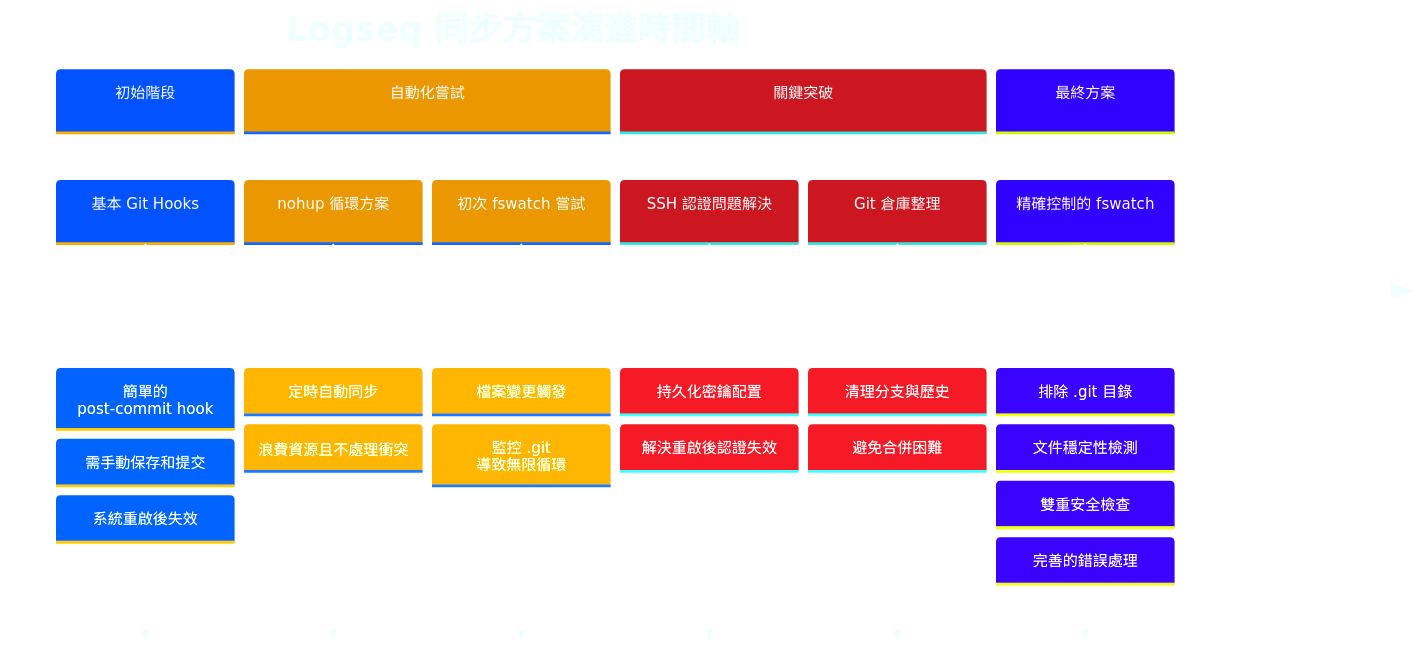
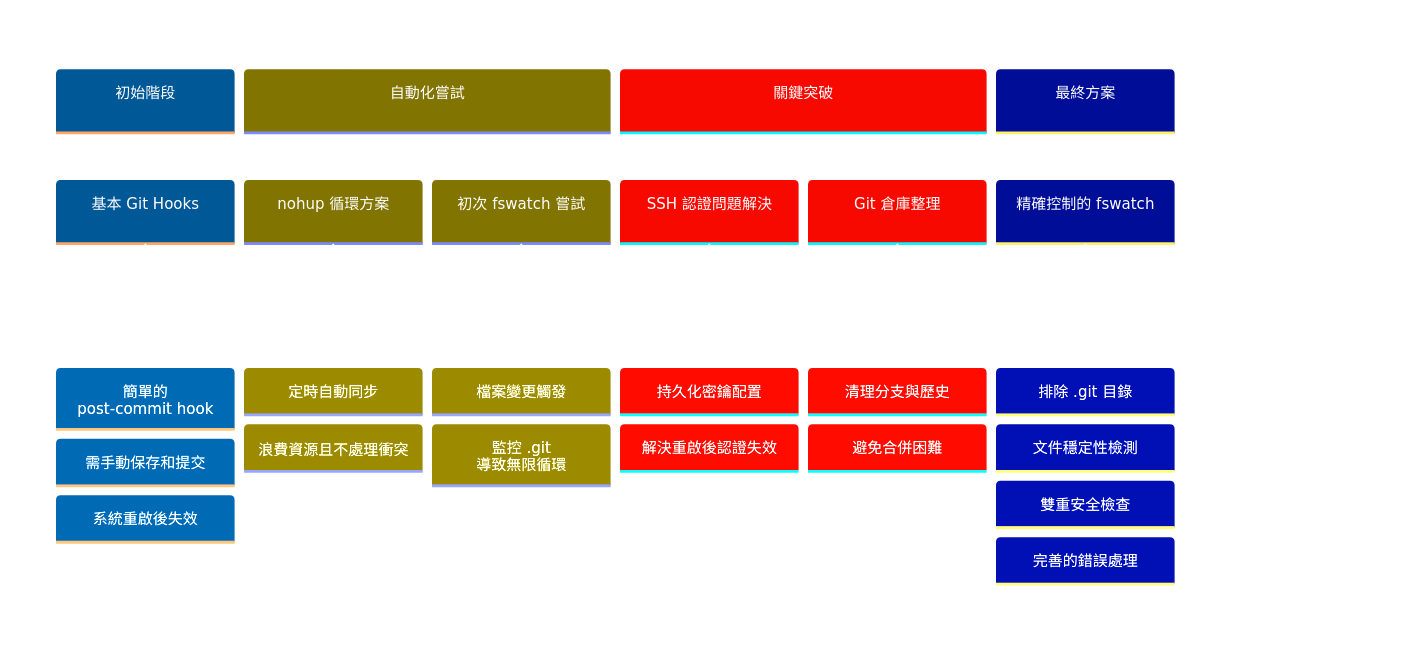
One commit to GengGeng026/Sync-Logseq changed the first of 2 diagrams in Logseq同步方案演進記錄.md. Above: the diagram before and after it, drawn with Mermaid. The commit also changed other lines of this file, not shown here.

````diff
--- a/Logseq同步方案演進記錄.md
+++ b/Logseq同步方案演進記錄.md
@@ -27,44 +20,44 @@
 ```mermaid
 %%{init: {
   'theme': 'base', 
   'themeVariables': {
-    'primaryColor': '#82AAFF',
+    'primaryColor': '#179FFF',
     'primaryTextColor': '#FFFFFF',
-    'primaryBorderColor': '#82AAFF',
-    'lineColor': '#C792EA',
-    'secondaryColor': '#FFCB6B',
-    'tertiaryColor': '#F07178',
+    'primaryBorderColor': '#179FFF',
+    'lineColor': '#651FFF',
+    'secondaryColor': '#FFE402',
+    'tertiaryColor': '#FF7D78',
     'background': 'transparent',
-    'textColor': '#EEFFFF',
-    'nodeBorder': '#89DDFF',
+    'textColor': '#FFFFFF',
+    'nodeBorder': '#59B79A',
     'clusterBkg': 'transparent',
-    'titleColor': '#EEFFFF',
+    'titleColor': '#FFFFFF',
     'sectionBkgColor': '#273747',
     'sectionBkgColor2': '#334455',
     'sectionBkgColor3': '#3A4A5A',
     'sectionBkgColor4': '#42546A',
     'sectionBkgColor5': '#4B5E78'
   }
 }}%%
 timeline
     title Logseq 同步方案演進時間軸
     section 初始階段
         基本 Git Hooks : 簡單的 post-commit hook
         : 需手動保存和提交
         : 系統重啟後失效
     section 自動化嘗試
         nohup 循環方案 : 定時自動同步
         : 浪費資源且不處理衝突
         初次 fswatch 嘗試 : 檔案變更觸發
         : 監控 .git 導致無限循環
     section 關鍵突破
         SSH 認證問題解決 : 持久化密鑰配置
         : 解決重啟後認證失效
         Git 倉庫整理 : 清理分支與歷史
         : 避免合併困難
     section 最終方案
         精確控制的 fswatch : 排除 .git 目錄
         : 文件穩定性檢測
         : 雙重安全檢查
         : 完善的錯誤處理
 ```
````
